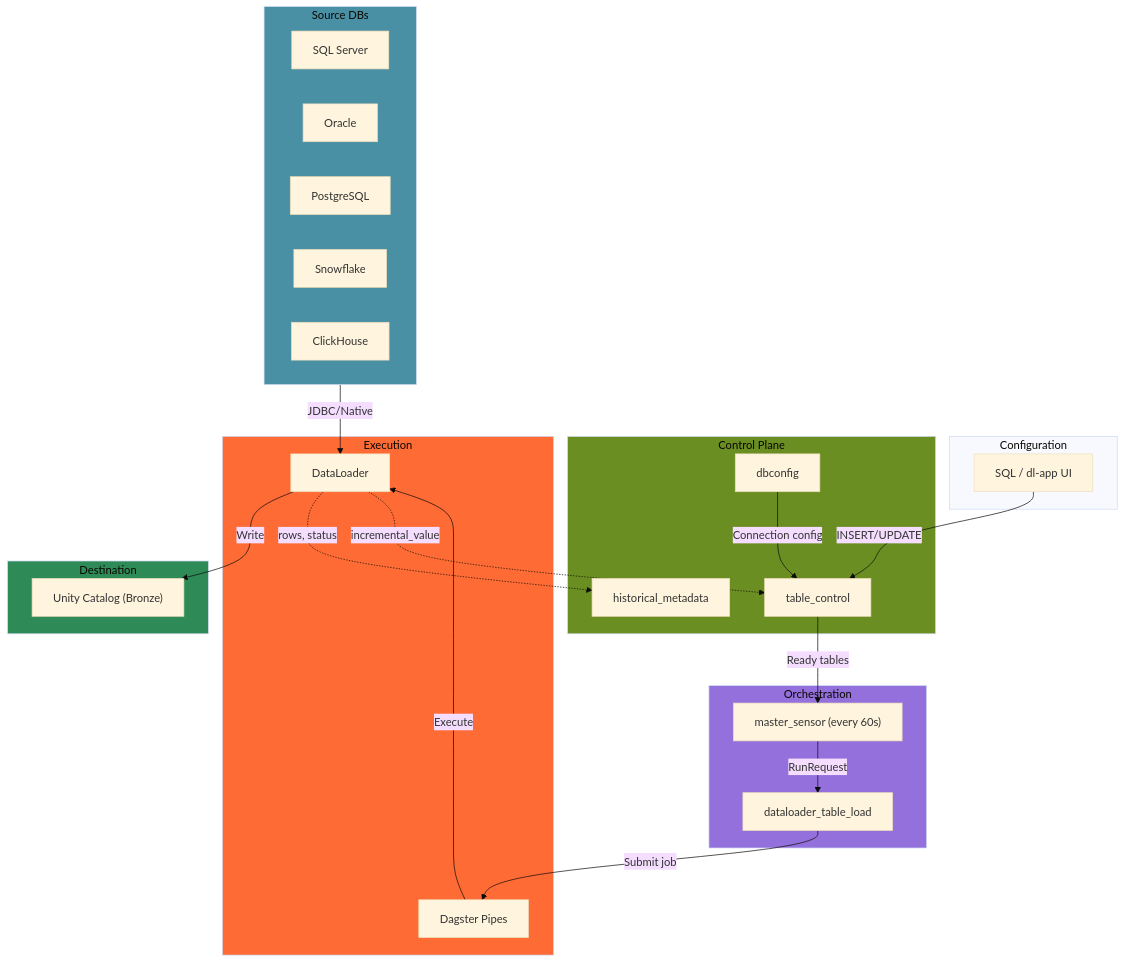
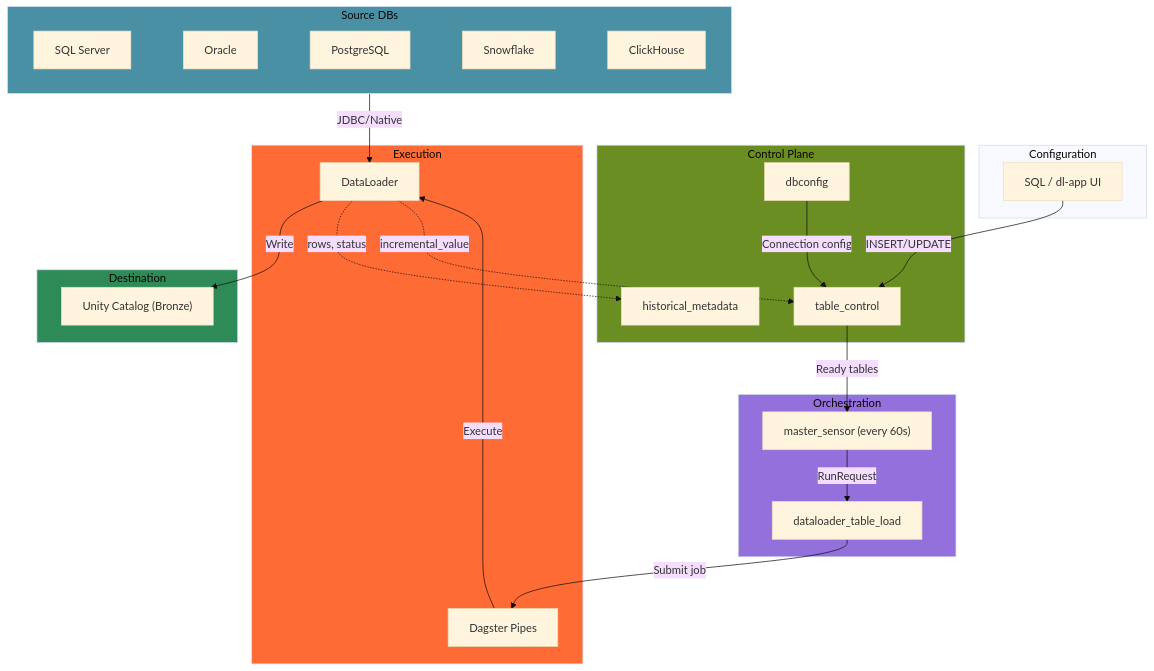
Before and after one commit to DakotaDataEng/dataloader-docs: the third of 7 diagrams in diagrams/02-architecture.md, drawn with Mermaid (base theme).

Commit message:
Force horizontal layout for Source DBs using invisible links

````diff
--- a/diagrams/02-architecture.md
+++ b/diagrams/02-architecture.md
@@ -101,52 +101,48 @@
 ```mermaid
 flowchart TB
     subgraph Config["Configuration"]
         SQL["SQL / dl-app UI"]
     end
 
     subgraph Control["Control Plane"]
         TCDB["dbconfig"]
         TC["table_control"]
         HM["historical_metadata"]
         TCDB -->|Connection config| TC
     end
 
     subgraph Orchestration["Orchestration"]
         Sensor["master_sensor (every 60s)"]
         Asset["dataloader_table_load"]
         Sensor -->|RunRequest| Asset
     end
 
     subgraph Execution["Execution"]
         Pipes["Dagster Pipes"]
         DL["DataLoader"]
         Pipes -->|Execute| DL
     end
 
     subgraph Sources["Source DBs"]
         direction LR
-        MSSQL["SQL Server"]
-        Oracle["Oracle"]
-        PG["PostgreSQL"]
-        SF["Snowflake"]
-        CH["ClickHouse"]
+        MSSQL["SQL Server"] ~~~ Oracle["Oracle"] ~~~ PG["PostgreSQL"] ~~~ SF["Snowflake"] ~~~ CH["ClickHouse"]
     end
 
     subgraph Destination["Destination"]
         UC["Unity Catalog (Bronze)"]
     end
 
     SQL -->|INSERT/UPDATE| TC
     TC -->|Ready tables| Sensor
     Asset -->|Submit job| Pipes
     Sources -->|JDBC/Native| DL
     DL -->|Write| UC
     DL -.->|rows, status| HM
     DL -.->|incremental_value| TC
 
     style Sources fill:#4A90A4
     style Destination fill:#2E8B57
     style Control fill:#6B8E23
     style Orchestration fill:#9370DB
     style Execution fill:#FF6B35
 ```
````
